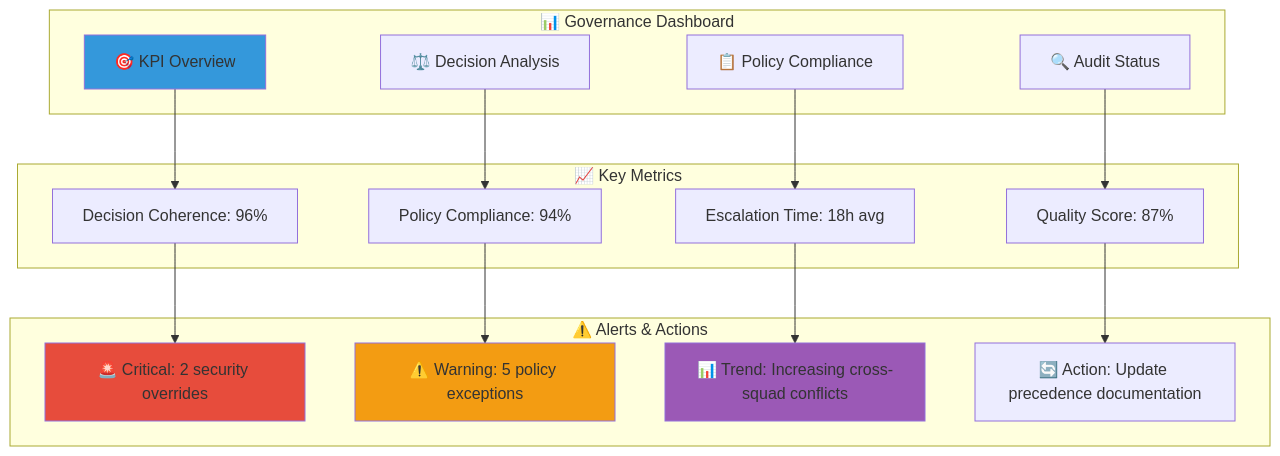
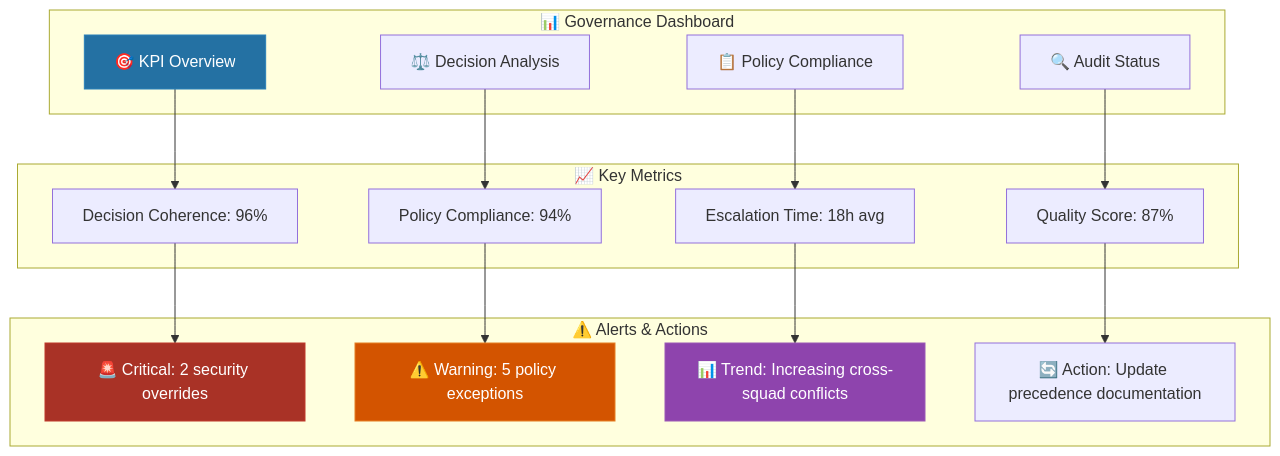
The third of 4 diagrams in content/pt/docs/manual/moc-governance.md (casheiro/matrix-protocol), drawn with Mermaid before and after one commit. The commit also changed other lines of this file and 36 other files, not shown here.

````diff
--- a/content/pt/docs/manual/moc-governance.md
+++ b/content/pt/docs/manual/moc-governance.md
@@ -430,38 +432,39 @@
 ```mermaid
 graph TB
     subgraph "📊 Governance Dashboard"
         A[🎯 KPI Overview]
         B[⚖️ Decision Analysis]
         C[📋 Policy Compliance]
         D[🔍 Audit Status]
     end
     
     subgraph "📈 Key Metrics"
         E[Decision Coherence: 96%]
         F[Policy Compliance: 94%]
         G[Escalation Time: 18h avg]
         H[Quality Score: 87%]
     end
     
     subgraph "⚠️ Alerts & Actions"
         I[🚨 Critical: 2 security overrides]
         J[⚠️ Warning: 5 policy exceptions]
         K[📊 Trend: Increasing cross-squad conflicts]
         L[🔄 Action: Update precedence documentation]
     end
     
     A --> E
     B --> F
     C --> G
     D --> H
     
     E --> I
     F --> J
     G --> K
     H --> L
     
-    style A fill:#3498db
-    style I fill:#e74c3c
-    style J fill:#f39c12
-    style K fill:#9b59b6
+    %% Fluxo decisório - Cores funcionais
+    style A fill:#2471A3,stroke:#2980B9,color:#fff
+    style I fill:#A93226,stroke:#C0392B,color:#fff
+    style J fill:#D35400,stroke:#E67E22,color:#fff
+    style K fill:#8E44AD,stroke:#9B59B6,color:#fff
 ```
````
